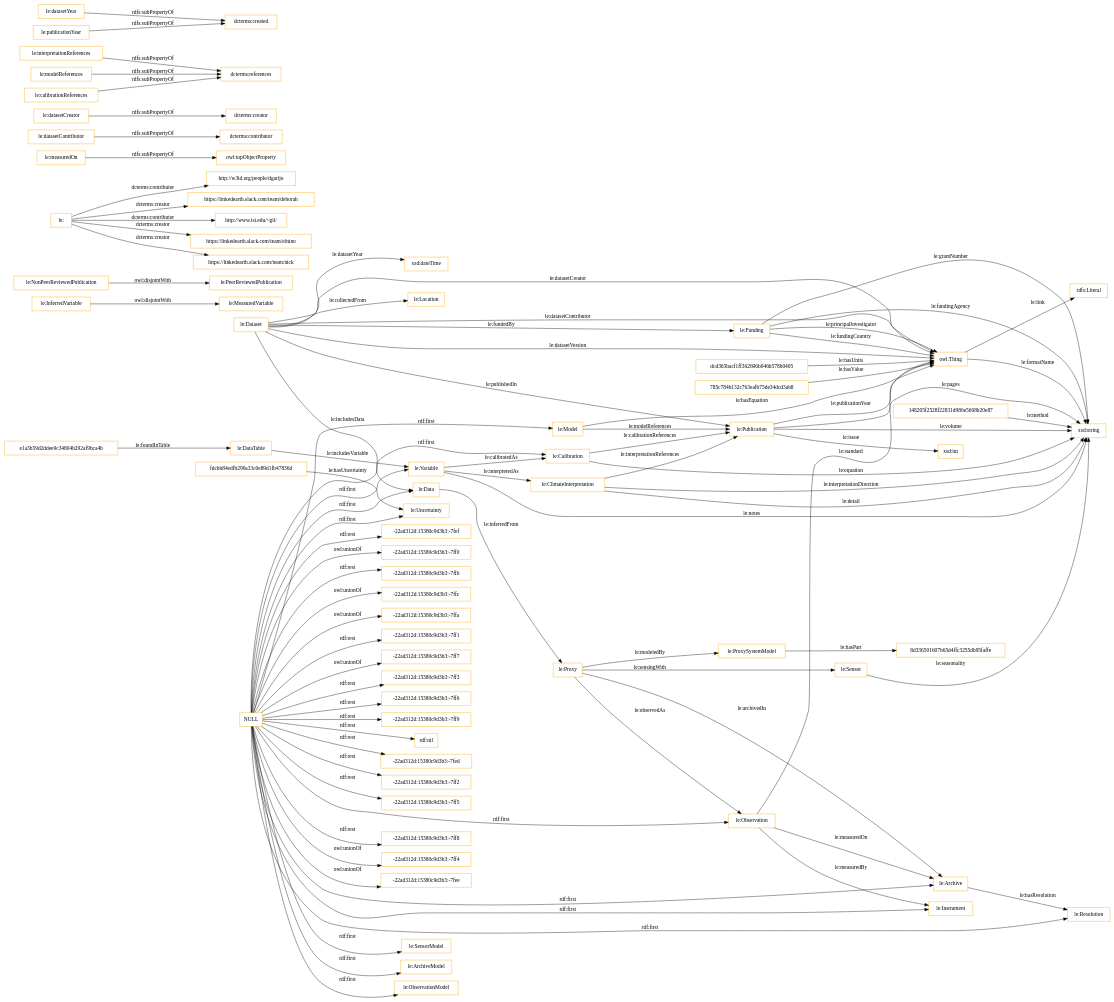
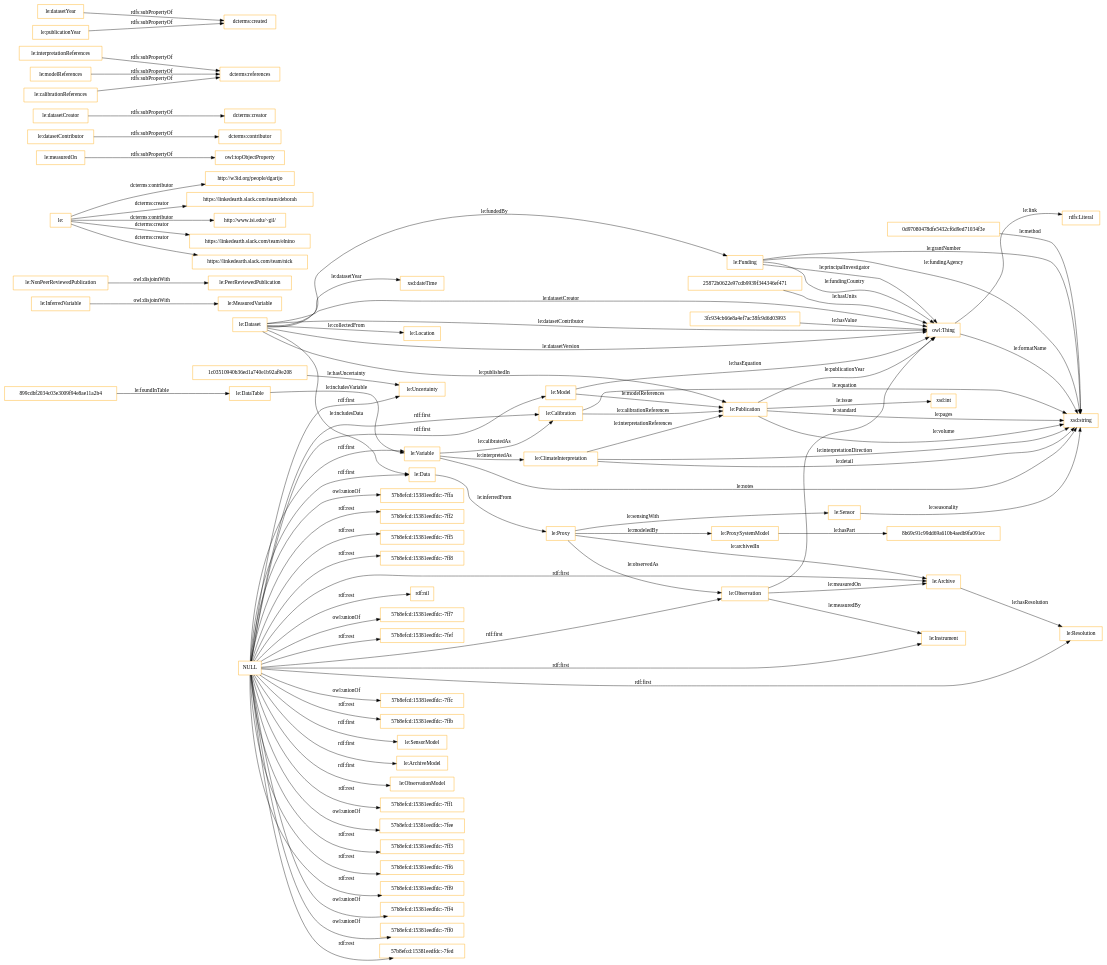
One commit to dgarijo/Ontology changed the diagram in OnToology/ontology.owl/diagrams/ar2dtool-class/ontology.owl.png.dot. Above: the diagram before and after it, drawn with Graphviz. The commit also changed 20 other files, not shown here.

```diff
--- a/OnToology/ontology.owl/diagrams/ar2dtool-class/ontology.owl.png.dot
+++ b/OnToology/ontology.owl/diagrams/ar2dtool-class/ontology.owl.png.dot
@@ -1,95 +1,95 @@
 digraph ar2dtool_diagram { 
 rankdir=LR;
 size="1501"
-node [shape = rectangle, color="orange"]; "le:Sensor" "le:Funding" "le:Resolution" "le:Dataset" "le:Publication" "le:DataTable" "dcd365bacf1ff362696b046b578b0405" "le:Model" "le:Data" "le:SensorModel" "le:Location" "le:Calibration" "le:InferredVariable" "e1a3b59d2ddee9c34804b292af9bca4b" "le:NonPeerReviewedPublication" "le:ArchiveModel" "fdcbb84edfb290a33c0e89d1fb47836d" "le:MeasuredVariable" "le:Proxy" "le:ProxySystemModel" "le:Instrument" "le:ObservationModel" "le:Uncertainty" "le:Observation" "le:ClimateInterpretation" "785c784b132c763eafb75de34dcd3ab8" "le:Variable" "le:Archive" "8d336501607b65d4ffc3255db95faffe" "148205f2528f22831d986e5608b20e87" "le:PeerReviewedPublication" ; /*classes style*/
+node [shape = rectangle, color="orange"]; "25872b0622e97cdb9939f344346ef471" "le:Sensor" "1c03510940b36ed1a740e1b92af9e208" "le:Funding" "le:Resolution" "le:Dataset" "le:Publication" "le:DataTable" "le:Model" "le:Data" "le:SensorModel" "le:Location" "899cdbf2034c03e3009f94e8ae11a2b4" "le:Calibration" "le:InferredVariable" "le:NonPeerReviewedPublication" "le:ArchiveModel" "3fc934cb66e8a4ef7ac38fc9d6d03993" "le:MeasuredVariable" "le:Proxy" "le:ProxySystemModel" "le:Instrument" "le:ObservationModel" "le:Uncertainty" "le:Observation" "le:ClimateInterpretation" "le:Variable" "le:Archive" "0d97080478dfe5432cf6d9ed71034f3e" "8b69c91c99dd69a610b4aedb9fa091ec" "le:PeerReviewedPublication" ; /*classes style*/
 	"le:NonPeerReviewedPublication" -> "le:PeerReviewedPublication" [ label = "owl:disjointWith" ];
 	"le:" -> "http://w3id.org/people/dgarijo" [ label = "dcterms:contributor" ];
 	"le:" -> "https://linkedearth.slack.com/team/deborah" [ label = "dcterms:creator" ];
 	"le:" -> "http://www.isi.edu/~gil/" [ label = "dcterms:contributor" ];
 	"le:" -> "https://linkedearth.slack.com/team/elnino" [ label = "dcterms:creator" ];
 	"le:" -> "https://linkedearth.slack.com/team/nick" [ label = "dcterms:creator" ];
 	"le:measuredOn" -> "owl:topObjectProperty" [ label = "rdfs:subPropertyOf" ];
 	"le:datasetContributor" -> "dcterms:contributor" [ label = "rdfs:subPropertyOf" ];
 	"le:datasetCreator" -> "dcterms:creator" [ label = "rdfs:subPropertyOf" ];
 	"le:interpretationReferences" -> "dcterms:references" [ label = "rdfs:subPropertyOf" ];
 	"le:modelReferences" -> "dcterms:references" [ label = "rdfs:subPropertyOf" ];
 	"le:calibrationReferences" -> "dcterms:references" [ label = "rdfs:subPropertyOf" ];
 	"NULL" -> "le:Instrument" [ label = "rdf:first" ];
-	"NULL" -> "-22ad312d:15380c9d3b3:-7ff0" [ label = "owl:unionOf" ];
+	"NULL" -> "57b8efcd:15381eedfdc:-7fee" [ label = "owl:unionOf" ];
 	"NULL" -> "le:SensorModel" [ label = "rdf:first" ];
-	"NULL" -> "-22ad312d:15380c9d3b3:-7ffb" [ label = "rdf:rest" ];
-	"NULL" -> "-22ad312d:15380c9d3b3:-7ffc" [ label = "owl:unionOf" ];
-	"NULL" -> "-22ad312d:15380c9d3b3:-7ffa" [ label = "owl:unionOf" ];
-	"NULL" -> "-22ad312d:15380c9d3b3:-7ff1" [ label = "rdf:rest" ];
+	"NULL" -> "57b8efcd:15381eedfdc:-7ff3" [ label = "rdf:rest" ];
 	"NULL" -> "le:Archive" [ label = "rdf:first" ];
+	"NULL" -> "57b8efcd:15381eedfdc:-7ff6" [ label = "rdf:rest" ];
+	"NULL" -> "57b8efcd:15381eedfdc:-7ff9" [ label = "rdf:rest" ];
 	"NULL" -> "le:ObservationModel" [ label = "rdf:first" ];
+	"NULL" -> "57b8efcd:15381eedfdc:-7ff4" [ label = "owl:unionOf" ];
+	"NULL" -> "57b8efcd:15381eedfdc:-7ff0" [ label = "owl:unionOf" ];
 	"NULL" -> "le:Variable" [ label = "rdf:first" ];
-	"NULL" -> "-22ad312d:15380c9d3b3:-7ff7" [ label = "owl:unionOf" ];
-	"NULL" -> "-22ad312d:15380c9d3b3:-7ff3" [ label = "rdf:rest" ];
-	"NULL" -> "-22ad312d:15380c9d3b3:-7ff6" [ label = "rdf:rest" ];
-	"NULL" -> "-22ad312d:15380c9d3b3:-7ff9" [ label = "rdf:rest" ];
+	"NULL" -> "57b8efcd:15381eedfdc:-7fed" [ label = "rdf:rest" ];
+	"NULL" -> "57b8efcd:15381eedfdc:-7ffa" [ label = "owl:unionOf" ];
+	"NULL" -> "57b8efcd:15381eedfdc:-7ff2" [ label = "rdf:rest" ];
+	"NULL" -> "57b8efcd:15381eedfdc:-7ff5" [ label = "rdf:rest" ];
 	"NULL" -> "le:Uncertainty" [ label = "rdf:first" ];
+	"NULL" -> "57b8efcd:15381eedfdc:-7ff8" [ label = "rdf:rest" ];
 	"NULL" -> "rdf:nil" [ label = "rdf:rest" ];
-	"NULL" -> "-22ad312d:15380c9d3b3:-7fed" [ label = "rdf:rest" ];
+	"NULL" -> "57b8efcd:15381eedfdc:-7ff7" [ label = "owl:unionOf" ];
 	"NULL" -> "le:Calibration" [ label = "rdf:first" ];
-	"NULL" -> "-22ad312d:15380c9d3b3:-7ff2" [ label = "rdf:rest" ];
+	"NULL" -> "57b8efcd:15381eedfdc:-7fef" [ label = "rdf:rest" ];
+	"NULL" -> "57b8efcd:15381eedfdc:-7ffc" [ label = "owl:unionOf" ];
 	"NULL" -> "le:Data" [ label = "rdf:first" ];
-	"NULL" -> "-22ad312d:15380c9d3b3:-7ff5" [ label = "rdf:rest" ];
-	"NULL" -> "-22ad312d:15380c9d3b3:-7ff8" [ label = "rdf:rest" ];
-	"NULL" -> "-22ad312d:15380c9d3b3:-7ff4" [ label = "owl:unionOf" ];
-	"NULL" -> "-22ad312d:15380c9d3b3:-7fee" [ label = "owl:unionOf" ];
+	"NULL" -> "57b8efcd:15381eedfdc:-7ffb" [ label = "rdf:rest" ];
+	"NULL" -> "57b8efcd:15381eedfdc:-7ff1" [ label = "rdf:rest" ];
 	"NULL" -> "le:Model" [ label = "rdf:first" ];
 	"NULL" -> "le:Observation" [ label = "rdf:first" ];
 	"NULL" -> "le:Resolution" [ label = "rdf:first" ];
 	"NULL" -> "le:ArchiveModel" [ label = "rdf:first" ];
-	"NULL" -> "-22ad312d:15380c9d3b3:-7fef" [ label = "rdf:rest" ];
 	"le:datasetYear" -> "dcterms:created" [ label = "rdfs:subPropertyOf" ];
 	"le:publicationYear" -> "dcterms:created" [ label = "rdfs:subPropertyOf" ];
 	"le:InferredVariable" -> "le:MeasuredVariable" [ label = "owl:disjointWith" ];
 	"le:Calibration" -> "le:Publication" [ label = "le:calibrationReferences" ];
 	"le:Dataset" -> "le:Funding" [ label = "le:fundedBy" ];
 	"le:Funding" -> "owl:Thing" [ label = "le:fundingCountry" ];
 	"le:Dataset" -> "le:Location" [ label = "le:collectedFrom" ];
 	"le:Dataset" -> "owl:Thing" [ label = "le:datasetCreator" ];
 	"le:Publication" -> "owl:Thing" [ label = "le:publicationYear" ];
 	"le:Variable" -> "xsd:string" [ label = "le:notes" ];
 	"le:Model" -> "owl:Thing" [ label = "le:hasEquation" ];
 	"le:Dataset" -> "owl:Thing" [ label = "le:datasetContributor" ];
 	"le:Proxy" -> "le:Archive" [ label = "le:archivedIn" ];
 	"owl:Thing" -> "xsd:string" [ label = "le:formatName" ];
 	"le:Funding" -> "xsd:string" [ label = "le:grantNumber" ];
-	"148205f2528f22831d986e5608b20e87" -> "xsd:string" [ label = "le:method" ];
-	"le:ProxySystemModel" -> "8d336501607b65d4ffc3255db95faffe" [ label = "le:hasPart" ];
+	"0d97080478dfe5432cf6d9ed71034f3e" -> "xsd:string" [ label = "le:method" ];
+	"le:ProxySystemModel" -> "8b69c91c99dd69a610b4aedb9fa091ec" [ label = "le:hasPart" ];
 	"le:Dataset" -> "le:Publication" [ label = "le:publishedIn" ];
-	"e1a3b59d2ddee9c34804b292af9bca4b" -> "le:DataTable" [ label = "le:foundInTable" ];
+	"899cdbf2034c03e3009f94e8ae11a2b4" -> "le:DataTable" [ label = "le:foundInTable" ];
 	"le:Publication" -> "xsd:int" [ label = "le:issue" ];
 	"le:Funding" -> "owl:Thing" [ label = "le:principalInvestigator" ];
 	"le:Dataset" -> "xsd:dateTime" [ label = "le:datasetYear" ];
 	"le:DataTable" -> "le:Variable" [ label = "le:includesVariable" ];
 	"le:Proxy" -> "le:Observation" [ label = "le:observedAs" ];
 	"le:Calibration" -> "xsd:string" [ label = "le:equation" ];
 	"le:Observation" -> "le:Instrument" [ label = "le:measuredBy" ];
 	"le:Funding" -> "xsd:string" [ label = "le:fundingAgency" ];
 	"le:Proxy" -> "le:ProxySystemModel" [ label = "le:modeledBy" ];
 	"le:Archive" -> "le:Resolution" [ label = "le:hasResolution" ];
 	"le:Variable" -> "le:Calibration" [ label = "le:calibratedAs" ];
 	"owl:Thing" -> "rdfs:Literal" [ label = "le:link" ];
 	"le:ClimateInterpretation" -> "xsd:string" [ label = "le:interpretationDirection" ];
 	"le:Model" -> "le:Publication" [ label = "le:modelReferences" ];
 	"le:Observation" -> "owl:Thing" [ label = "le:standard" ];
 	"le:Publication" -> "xsd:string" [ label = "le:pages" ];
-	"fdcbb84edfb290a33c0e89d1fb47836d" -> "le:Uncertainty" [ label = "le:hasUncertainty" ];
+	"1c03510940b36ed1a740e1b92af9e208" -> "le:Uncertainty" [ label = "le:hasUncertainty" ];
 	"le:Sensor" -> "xsd:string" [ label = "le:seasonality" ];
 	"le:Data" -> "le:Proxy" [ label = "le:inferredFrom" ];
-	"dcd365bacf1ff362696b046b578b0405" -> "owl:Thing" [ label = "le:hasUnits" ];
+	"25872b0622e97cdb9939f344346ef471" -> "owl:Thing" [ label = "le:hasUnits" ];
 	"le:Proxy" -> "le:Sensor" [ label = "le:sensingWith" ];
 	"le:ClimateInterpretation" -> "xsd:string" [ label = "le:detail" ];
 	"le:Publication" -> "xsd:string" [ label = "le:volume" ];
 	"le:Observation" -> "le:Archive" [ label = "le:measuredOn" ];
 	"le:Dataset" -> "le:Data" [ label = "le:includesData" ];
-	"785c784b132c763eafb75de34dcd3ab8" -> "owl:Thing" [ label = "le:hasValue" ];
+	"3fc934cb66e8a4ef7ac38fc9d6d03993" -> "owl:Thing" [ label = "le:hasValue" ];
 	"le:Dataset" -> "owl:Thing" [ label = "le:datasetVersion" ];
 	"le:ClimateInterpretation" -> "le:Publication" [ label = "le:interpretationReferences" ];
 	"le:Variable" -> "le:ClimateInterpretation" [ label = "le:interpretedAs" ];
 
 }
```
